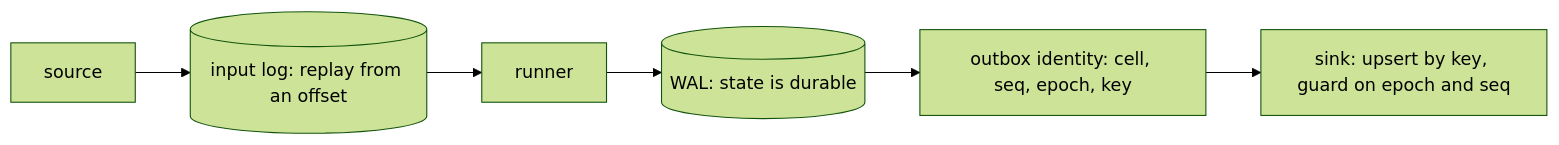
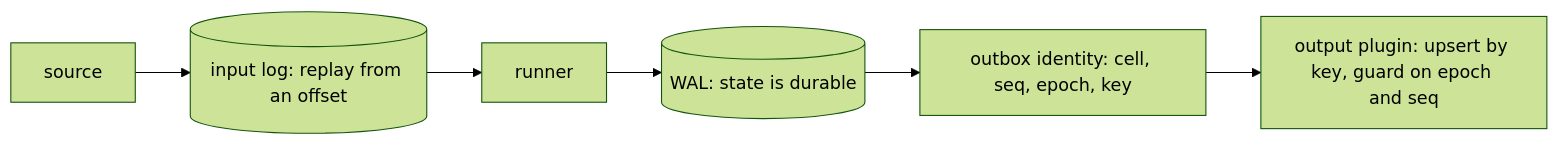
One commit to Flezha/flezha changed the sixth of 10 diagrams in docs/architecture/kernel.md. Above: the diagram before and after it, drawn with Mermaid (forest theme). The commit also changed other lines of this file and 236 other files, not shown here.

First line of the commit message:
Call a relay's exit an output instead of a sink

````diff
--- a/docs/architecture/kernel.md
+++ b/docs/architecture/kernel.md
@@ -359,8 +359,8 @@
 ```mermaid
 flowchart LR
     S["source"] --> L[("input log: replay from an offset")]
     L --> R["runner"]
     R --> W[("WAL: state is durable")]
     W --> O["outbox identity: cell, seq, epoch, key"]
-    O --> K["sink: upsert by key, guard on epoch and seq"]
+    O --> K["output plugin: upsert by key, guard on epoch and seq"]
 ```
````
